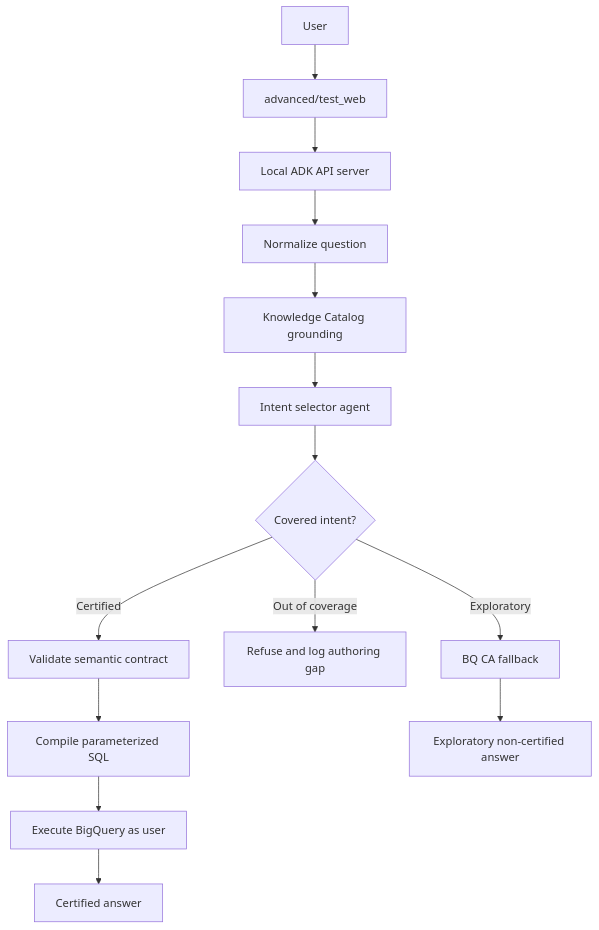
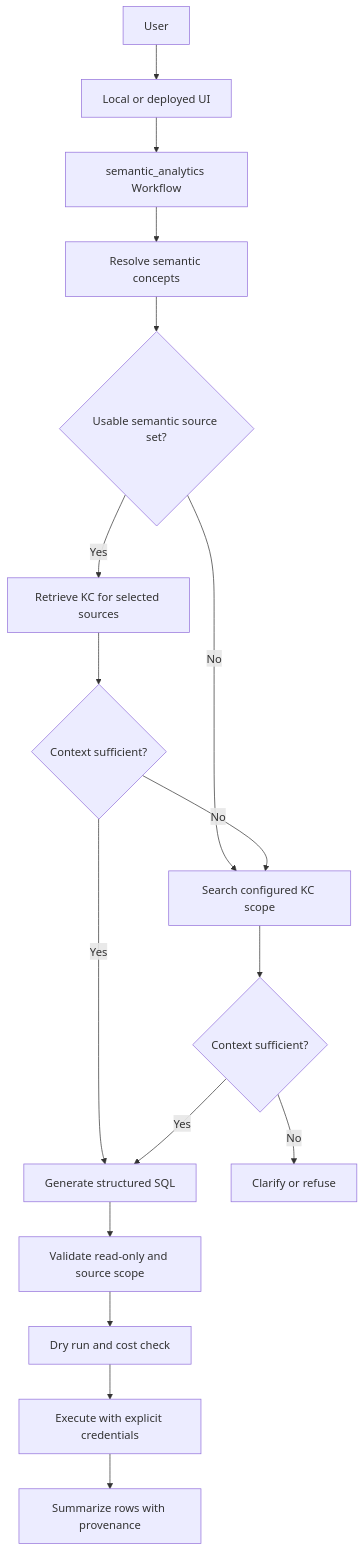
One commit to johanesalxd/random-stuff changed the diagram in bq_caapi_ge/docs/adk_semantic_layer_plan.md. Above: the diagram before and after it, drawn with Mermaid. The commit also changed other lines of this file and 26 other files, not shown here.

First line of the commit message:
feat: Add semantic context routing

````diff
--- a/bq_caapi_ge/docs/adk_semantic_layer_plan.md
+++ b/bq_caapi_ge/docs/adk_semantic_layer_plan.md
@@ -170,16 +235,19 @@
 ```mermaid
 flowchart TD
-  User[User] --> UI[advanced/test_web]
-  UI --> ADK[Local ADK API server]
-  ADK --> Normalize[Normalize question]
-  Normalize --> KCGround[Knowledge Catalog grounding]
-  KCGround --> Intent[Intent selector agent]
-  Intent --> Router{Covered intent?}
-  Router -->|Certified| Validate[Validate semantic contract]
-  Validate --> Compile[Compile parameterized SQL]
-  Compile --> BQ[Execute BigQuery as user]
-  BQ --> Certified[Certified answer]
-  Router -->|Out of coverage| Refuse[Refuse and log authoring gap]
-  Router -->|Exploratory| CA[BQ CA fallback]
-  CA --> Exploratory[Exploratory non-certified answer]
+  User[User] --> UI[Local or deployed UI]
+  UI --> ADK[semantic_analytics Workflow]
+  ADK --> Semantic[Resolve semantic concepts]
+  Semantic --> Relevant{Usable semantic source set?}
+  Relevant -->|Yes| NarrowKC[Retrieve KC for selected sources]
+  Relevant -->|No| BroadKC[Search configured KC scope]
+  NarrowKC --> Assess{Context sufficient?}
+  Assess -->|No| BroadKC
+  Assess -->|Yes| Generate[Generate structured SQL]
+  BroadKC --> BroadAssess{Context sufficient?}
+  BroadAssess -->|No| Clarify[Clarify or refuse]
+  BroadAssess -->|Yes| Generate
+  Generate --> Policy[Validate read-only and source scope]
+  Policy --> DryRun[Dry run and cost check]
+  DryRun --> Execute[Execute with explicit credentials]
+  Execute --> Answer[Summarize rows with provenance]
 ```
````
